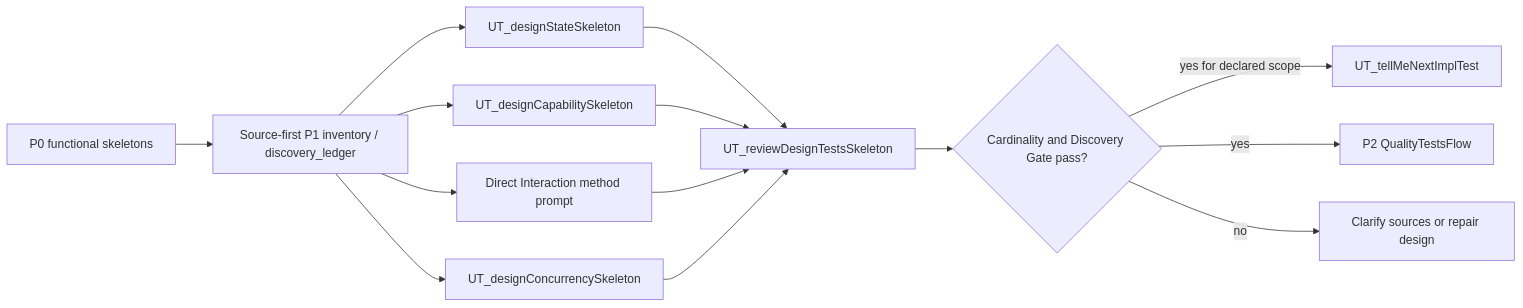
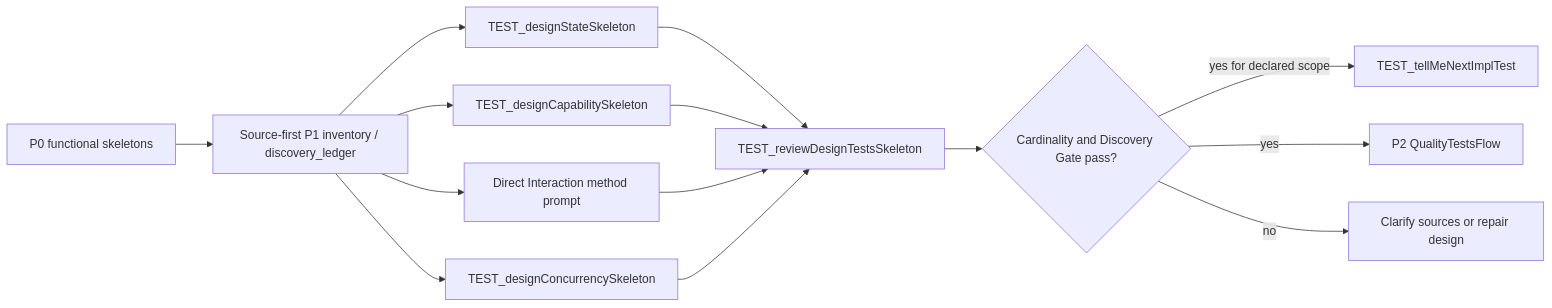
The diagram in slashCommands/flows/P1-DesignTestsFlow.md (EnigmaWU/MyCaTDD), drawn with Mermaid before and after one commit. The commit also changed other lines of this file and 87 other files, not shown here.

````diff
--- a/slashCommands/flows/P1-DesignTestsFlow.md
+++ b/slashCommands/flows/P1-DesignTestsFlow.md
@@ -47,16 +47,16 @@
 ```mermaid
 flowchart LR
     Functional["P0 functional skeletons"] --> Inventory["Source-first P1 inventory / discovery_ledger"]
-    Inventory --> State["UT_designStateSkeleton"]
-    Inventory --> Capability["UT_designCapabilitySkeleton"]
+    Inventory --> State["TEST_designStateSkeleton"]
+    Inventory --> Capability["TEST_designCapabilitySkeleton"]
     Inventory --> Interaction["Direct Interaction method prompt"]
-    Inventory --> Concurrency["UT_designConcurrencySkeleton"]
-    State --> Review["UT_reviewDesignTestsSkeleton"]
+    Inventory --> Concurrency["TEST_designConcurrencySkeleton"]
+    State --> Review["TEST_reviewDesignTestsSkeleton"]
     Capability --> Review
     Interaction --> Review
     Concurrency --> Review
     Review --> Gate{"Cardinality and Discovery Gate pass?"}
-    Gate -->|yes for declared scope| NextTC["UT_tellMeNextImplTest"]
+    Gate -->|yes for declared scope| NextTC["TEST_tellMeNextImplTest"]
     Gate -->|yes| Quality["P2 QualityTestsFlow"]
     Gate -->|no| Clarify["Clarify sources or repair design"]
 ```
````
